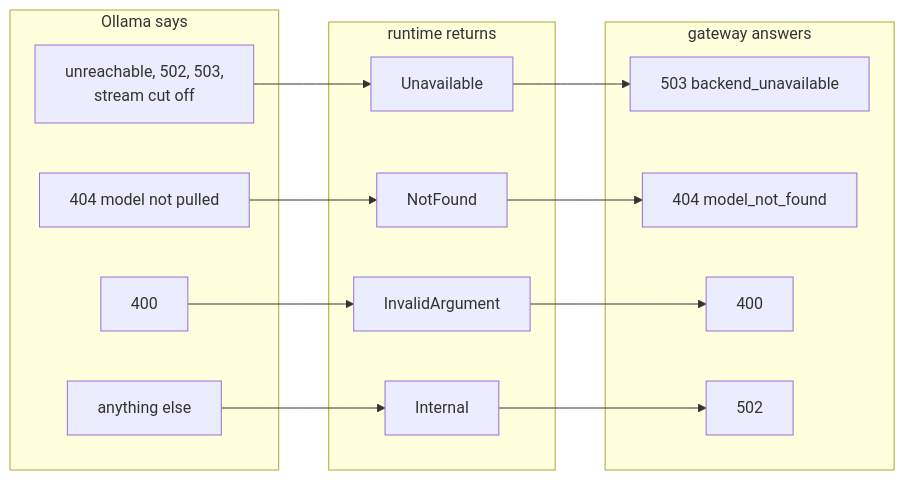
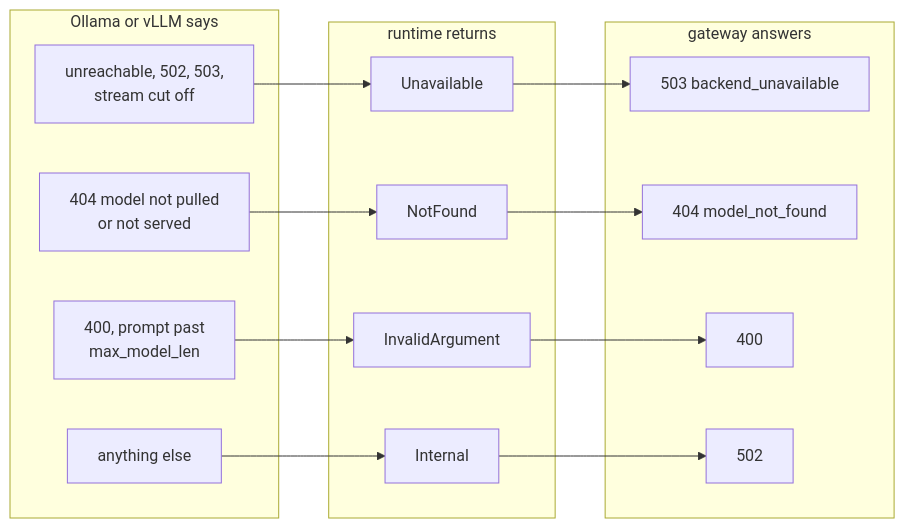
The third of 3 diagrams in docs/architecture/request-path.md (kokou-egbewatt/NeuroMesh), drawn with Mermaid before and after one commit. The commit also changed other lines of this file and 6 other files, not shown here.

````diff
--- a/docs/architecture/request-path.md
+++ b/docs/architecture/request-path.md
@@ -82,25 +86,25 @@
 ```mermaid
 flowchart LR
-    subgraph ollama["Ollama says"]
+    subgraph ollama["Ollama or vLLM says"]
         o1["unreachable, 502, 503,<br/>stream cut off"]
-        o2["404 model not pulled"]
-        o3["400"]
+        o2["404 model not pulled<br/>or not served"]
+        o3["400, prompt past<br/>max_model_len"]
         o4["anything else"]
     end
     subgraph grpc["runtime returns"]
         g1["Unavailable"]
         g2["NotFound"]
         g3["InvalidArgument"]
         g4["Internal"]
     end
     subgraph http["gateway answers"]
         h1["503 backend_unavailable"]
         h2["404 model_not_found"]
         h3["400"]
         h4["502"]
     end
     o1 --> g1 --> h1
     o2 --> g2 --> h2
     o3 --> g3 --> h3
     o4 --> g4 --> h4
 ```
````
